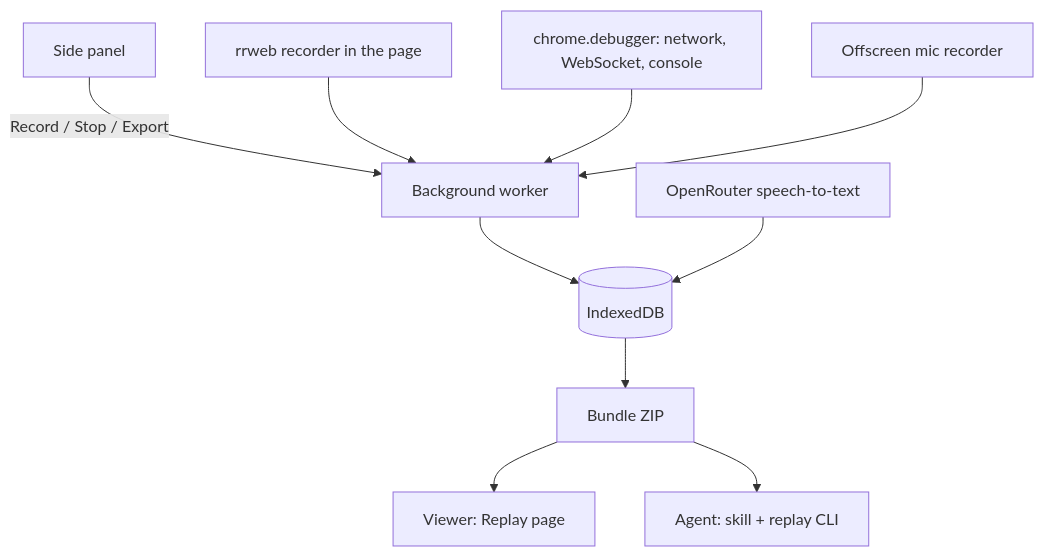
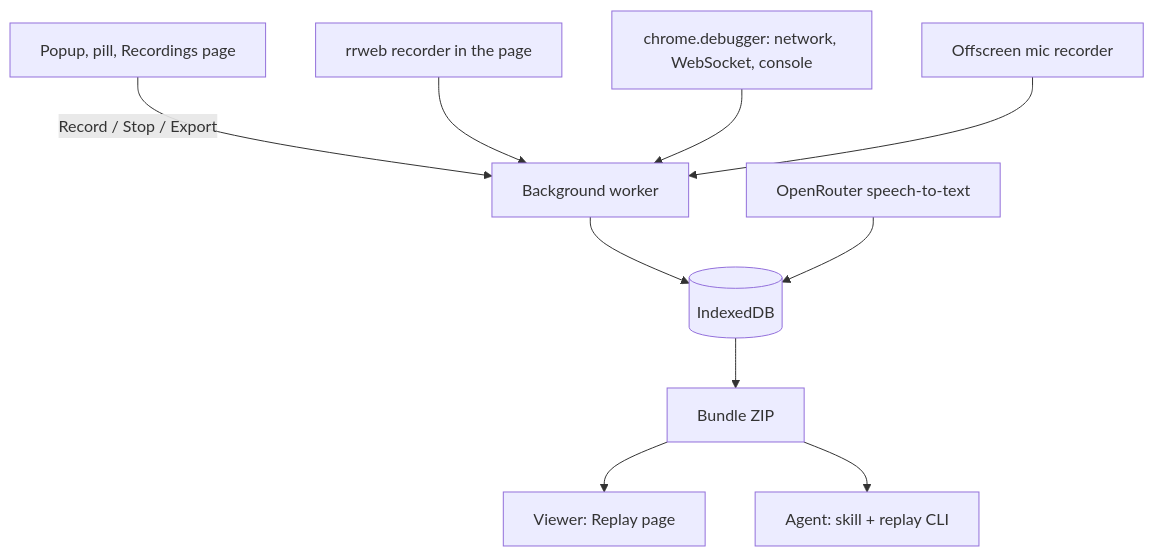
Before and after one commit to cyrillbrito/blook: the diagram in docs/architecture.md, drawn with Mermaid. The commit also changed other lines of this file and 33 other files, not shown here.

First line of the commit message:
Extension: popup, recording pill and Recordings page replace the side panel

````diff
--- a/docs/architecture.md
+++ b/docs/architecture.md
@@ -20,12 +20,12 @@
 ```mermaid
 flowchart TD
-  P["Side panel"] -->|"Record / Stop / Export"| BG["Background worker"]
+  P["Popup, pill, Recordings page"] -->|"Record / Stop / Export"| BG["Background worker"]
   RR["rrweb recorder in the page"] --> BG
   CDP["chrome.debugger: network, WebSocket, console"] --> BG
   MIC["Offscreen mic recorder"] --> BG
   BG --> DB[("IndexedDB")]
   STT["OpenRouter speech-to-text"] --> DB
   DB --> ZIP["Bundle ZIP"]
   ZIP --> V["Viewer: Replay page"]
   ZIP --> A["Agent: skill + replay CLI"]
 ```
````
